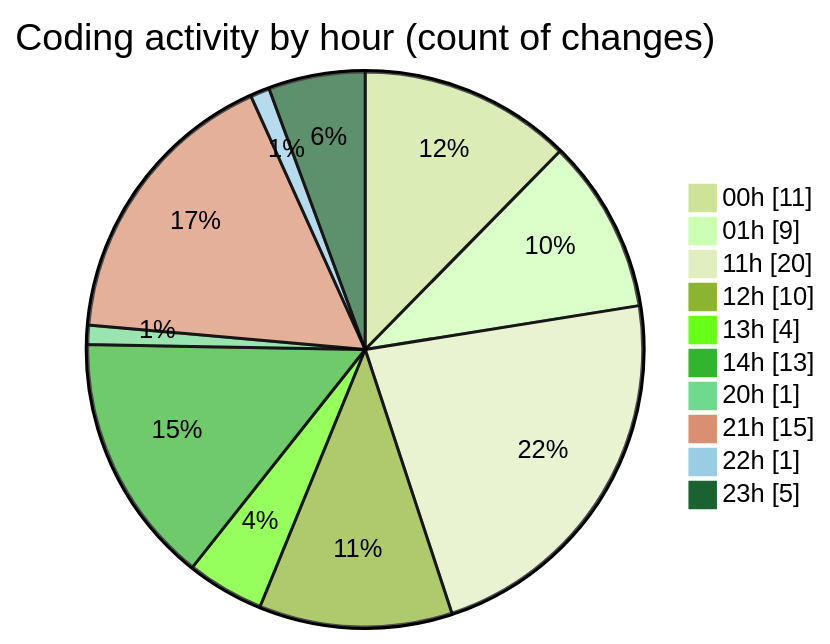
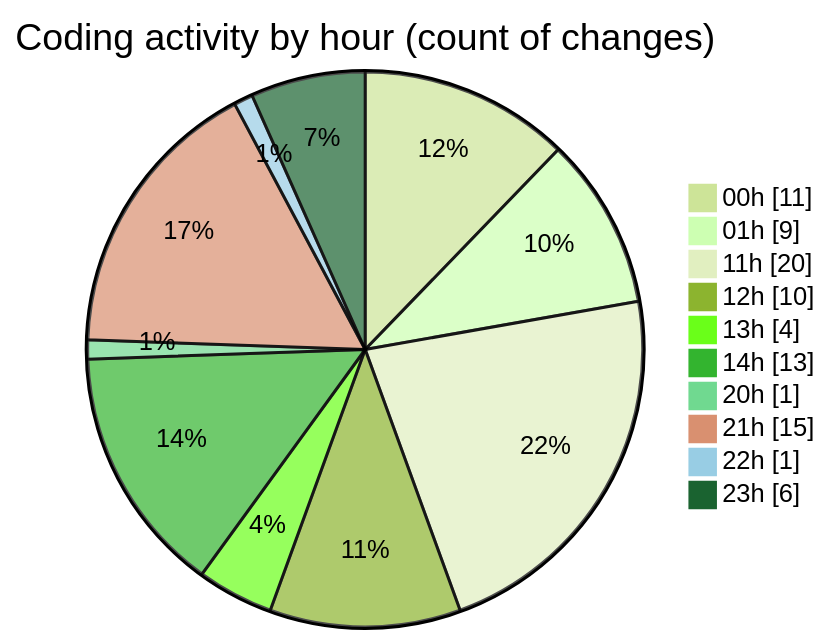
One commit to lephambinh05/code-tracking changed the second of 2 diagrams in 2025-07-18/nhahang/README.md. Above: the diagram before and after it, drawn with Mermaid (forest theme). The commit also changed other lines of this file and 1 other file, not shown here.

````diff
--- a/2025-07-18/nhahang/README.md
+++ b/2025-07-18/nhahang/README.md
@@ -55,14 +55,14 @@
 ```mermaid
 pie showData
 title Coding activity by hour (count of changes)
 "00h" : 11
 "01h" : 9
 "11h" : 20
 "12h" : 10
 "13h" : 4
 "14h" : 13
 "20h" : 1
 "21h" : 15
 "22h" : 1
-"23h" : 5
+"23h" : 6
 ```
````
